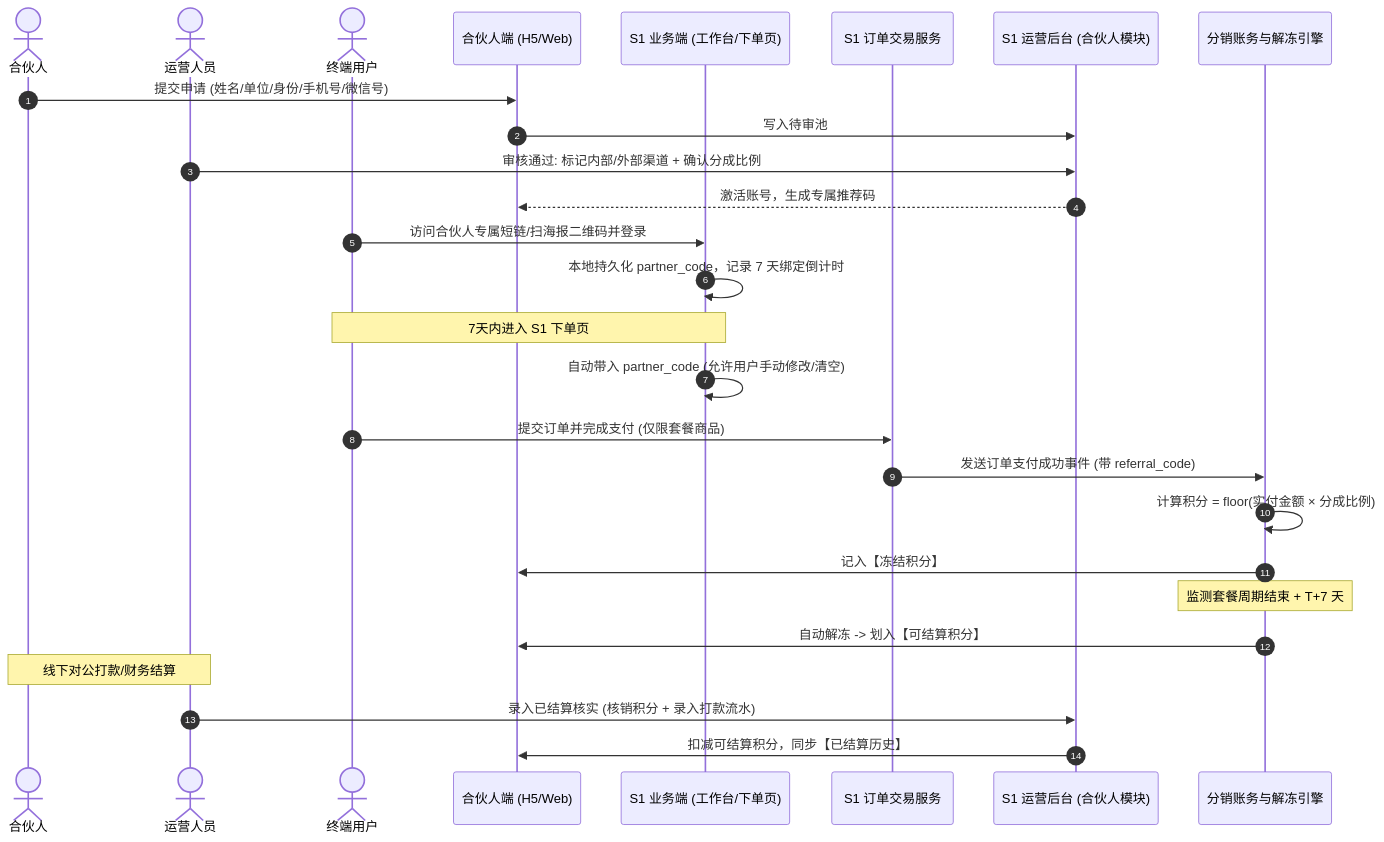
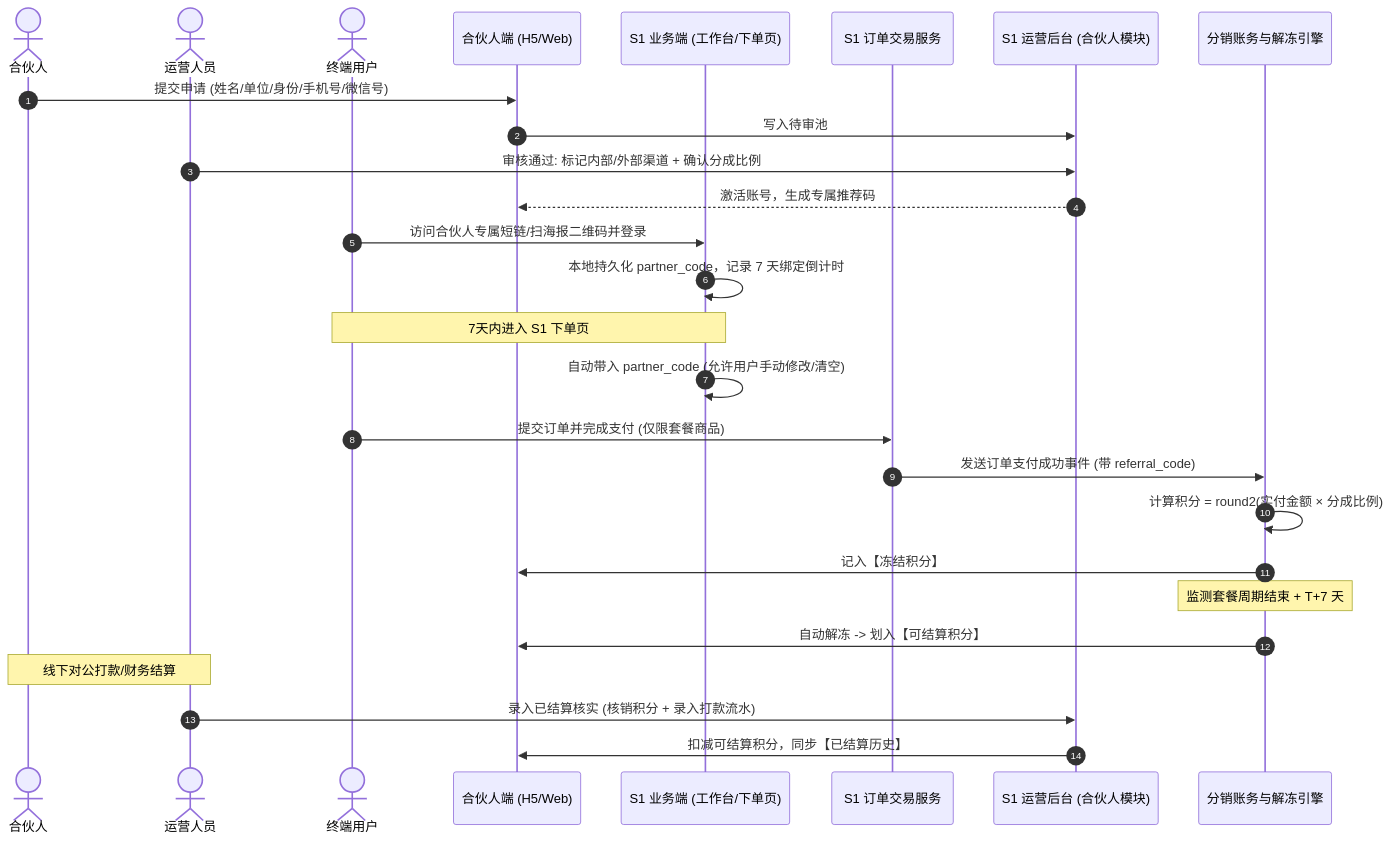
One commit to bowin1991/AI- changed the diagram in docs/立理S1运营后台合伙人管理需求规格说明书.md. Above: the diagram before and after it, drawn with Mermaid. The commit also changed other lines of this file and 3 other files, not shown here.

````diff
--- a/docs/立理S1运营后台合伙人管理需求规格说明书.md
+++ b/docs/立理S1运营后台合伙人管理需求规格说明书.md
@@ -23,37 +23,37 @@
 ```mermaid
 sequenceDiagram
     autonumber
     actor 合伙人
     actor 运营人员
     actor 终端用户
     participant 合伙人系统 as 合伙人端 (H5/Web)
     participant S1Web as S1 业务端 (工作台/下单页)
     participant S1Order as S1 订单交易服务
     participant Admin as S1 运营后台 (合伙人模块)
     participant Ledger as 分销账务与解冻引擎
 
     %% 1. 入驻审核
     合伙人->>合伙人系统: 提交申请 (姓名/单位/身份/手机号/微信号)
     合伙人系统->>Admin: 写入待审池
     运营人员->>Admin: 审核通过: 标记内部/外部渠道 + 确认分成比例
     Admin-->>合伙人系统: 激活账号，生成专属推荐码
 
     %% 2. 引流与下单
     终端用户->>S1Web: 访问合伙人专属短链/扫海报二维码并登录
     S1Web->>S1Web: 本地持久化 partner_code，记录 7 天绑定倒计时
     Note over 终端用户,S1Web: 7天内进入 S1 下单页
     S1Web->>S1Web: 自动带入 partner_code (允许用户手动修改/清空)
     终端用户->>S1Order: 提交订单并完成支付 (仅限套餐商品)
 
     %% 3. 分润记账
     S1Order->>Ledger: 发送订单支付成功事件 (带 referral_code)
-    Ledger->>Ledger: 计算积分 = floor(实付金额 × 分成比例)
+    Ledger->>Ledger: 计算积分 = round2(实付金额 × 分成比例)
     Ledger->>合伙人系统: 记入【冻结积分】
 
     %% 4. 解冻与结算
     Note over Ledger: 监测套餐周期结束 + T+7 天
     Ledger->>合伙人系统: 自动解冻 -> 划入【可结算积分】
     Note over 运营人员,合伙人: 线下对公打款/财务结算
     运营人员->>Admin: 录入已结算核实 (核销积分 + 录入打款流水)
     Admin->>合伙人系统: 扣减可结算积分，同步【已结算历史】
 ```
````
